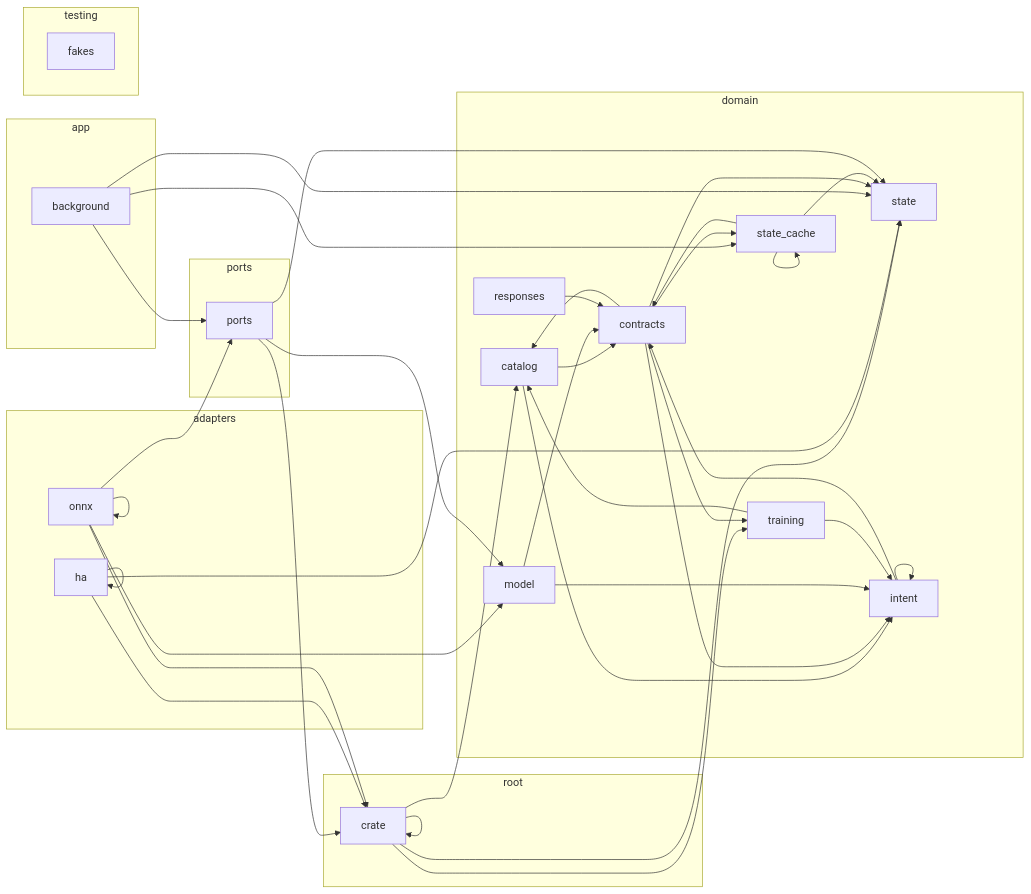
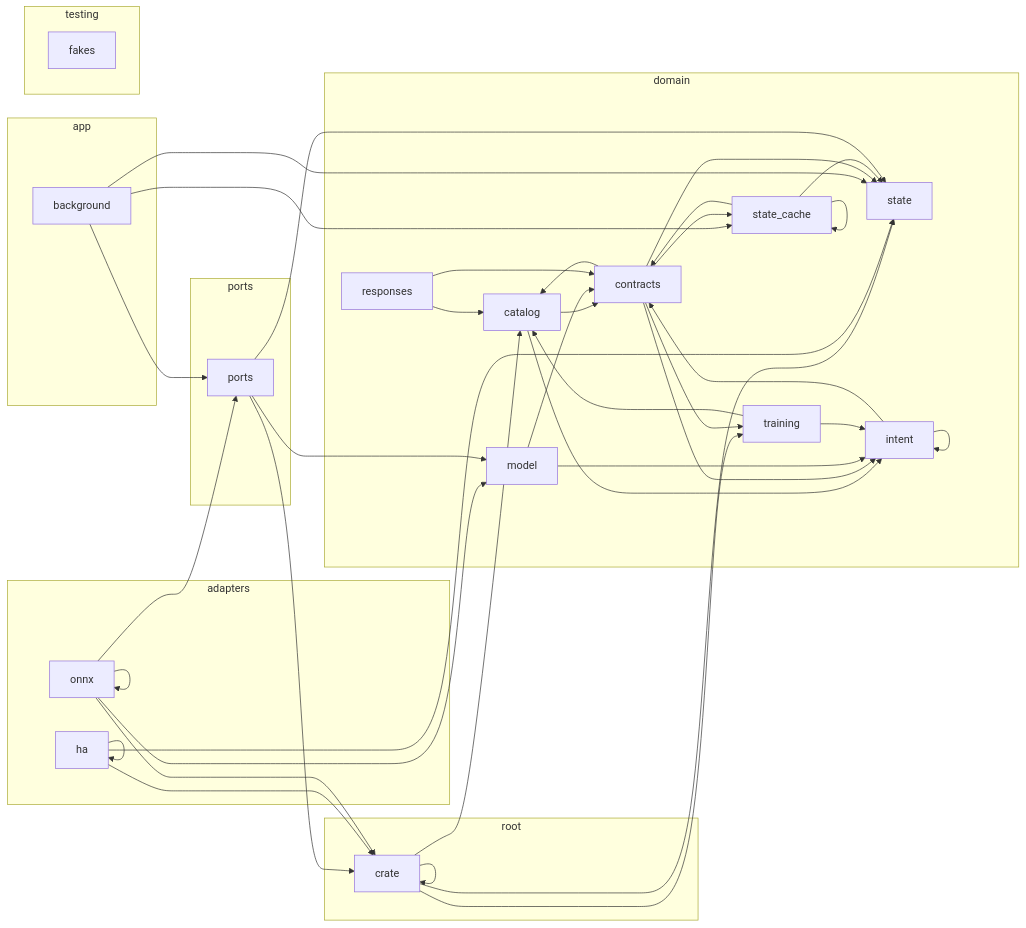
Before and after one commit to louislang/ha-jarvis: the diagram in docs/architecture.md, drawn with Mermaid. The commit also changed 5 other files, not shown here.

````diff
--- a/docs/architecture.md
+++ b/docs/architecture.md
@@ -5,63 +5,64 @@
 ```mermaid
 flowchart LR
     subgraph adapters
         crate_adapters_ha[ha]
         crate_adapters_onnx[onnx]
     end
     subgraph app
         crate_app_background[background]
     end
     subgraph domain
         crate_domain_catalog[catalog]
         crate_domain_contracts[contracts]
         crate_domain_intent[intent]
         crate_domain_model[model]
         crate_domain_responses[responses]
         crate_domain_state[state]
         crate_domain_state_cache[state_cache]
         crate_domain_training[training]
     end
     subgraph ports
         crate_ports[ports]
     end
     subgraph root
         crate[crate]
     end
     subgraph testing
         crate_testing_fakes[fakes]
     end
     crate --> crate
     crate --> crate_domain_catalog
     crate --> crate_domain_state
     crate --> crate_domain_training
     crate_adapters_ha --> crate
     crate_adapters_ha --> crate_adapters_ha
     crate_adapters_ha --> crate_domain_state
     crate_adapters_onnx --> crate
     crate_adapters_onnx --> crate_adapters_onnx
     crate_adapters_onnx --> crate_domain_model
     crate_adapters_onnx --> crate_ports
     crate_app_background --> crate_domain_state
     crate_app_background --> crate_domain_state_cache
     crate_app_background --> crate_ports
     crate_domain_catalog --> crate_domain_contracts
     crate_domain_catalog --> crate_domain_intent
     crate_domain_contracts --> crate_domain_catalog
     crate_domain_contracts --> crate_domain_intent
     crate_domain_contracts --> crate_domain_state
     crate_domain_contracts --> crate_domain_state_cache
     crate_domain_contracts --> crate_domain_training
     crate_domain_intent --> crate_domain_contracts
     crate_domain_intent --> crate_domain_intent
     crate_domain_model --> crate_domain_contracts
     crate_domain_model --> crate_domain_intent
+    crate_domain_responses --> crate_domain_catalog
     crate_domain_responses --> crate_domain_contracts
     crate_domain_state_cache --> crate_domain_contracts
     crate_domain_state_cache --> crate_domain_state
     crate_domain_state_cache --> crate_domain_state_cache
     crate_domain_training --> crate_domain_catalog
     crate_domain_training --> crate_domain_intent
     crate_ports --> crate
     crate_ports --> crate_domain_model
     crate_ports --> crate_domain_state
 ```
````
